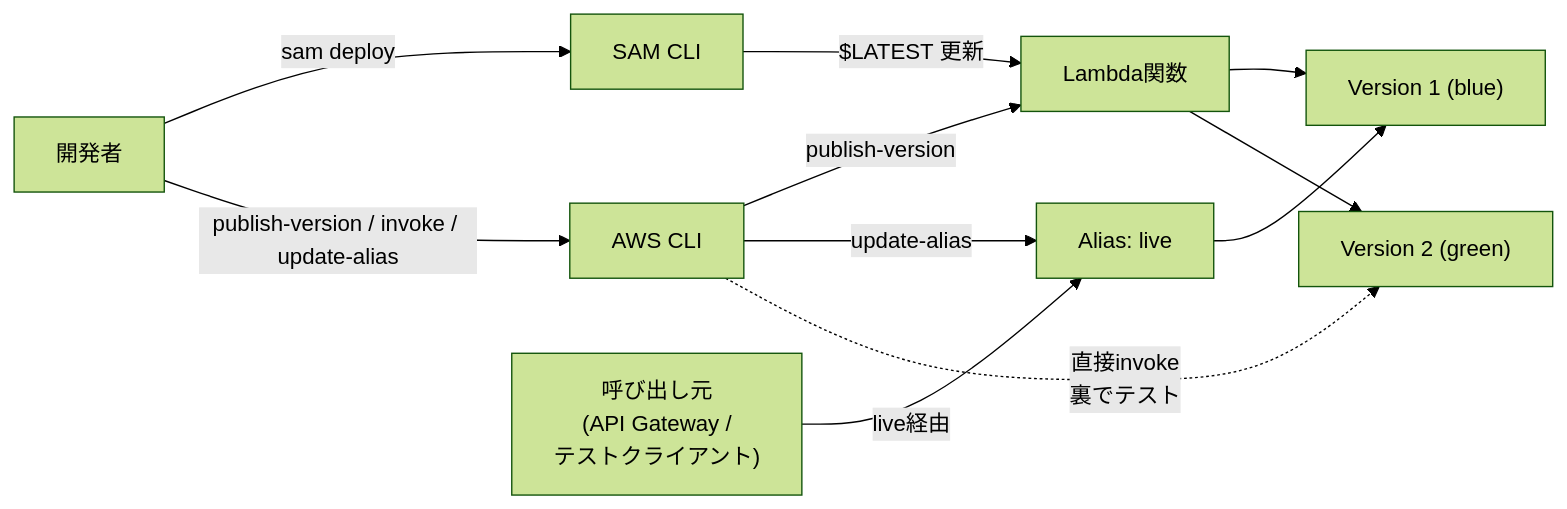
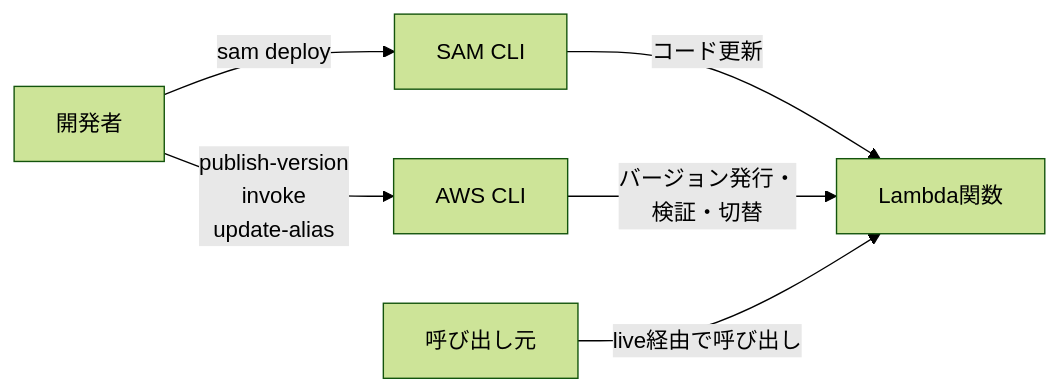
Before and after one commit to takyafumin/aws-lambada-blue-green-deploy: the first of 3 diagrams in docs/PLAN.md, drawn with Mermaid (forest theme).

Commit message:
システム構成図を単純化して見やすくする
Version/Aliasの詳細を描こうとして交差が多くなっていたため、この図
は「誰が何を操作するか」だけに絞り、詳細は専用の関係図に委ねる形に
変更した。

````diff
--- a/docs/PLAN.md
+++ b/docs/PLAN.md
@@ -56,17 +58,10 @@
 ```mermaid
 flowchart LR
-    Dev["開発者"]
+    Dev["開発者"] -->|"sam deploy"| SAM["SAM CLI"]
+    Dev -->|"publish-version<br/>invoke<br/>update-alias"| CLI["AWS CLI"]
 
-    Dev -->|"sam deploy"| SAM["SAM CLI"]
-    Dev -->|"publish-version / invoke / update-alias"| CLI["AWS CLI"]
-    Caller["呼び出し元<br/>(API Gateway /<br/>テストクライアント)"] -->|"live経由"| ALIAS
+    SAM -->|"コード更新"| FN["Lambda関数"]
+    CLI -->|"バージョン発行・<br/>検証・切替"| FN
 
-    SAM -->|"$LATEST 更新"| FN["Lambda関数"]
-    CLI -->|"publish-version"| FN
-    CLI -->|"update-alias"| ALIAS["Alias: live"]
-    CLI -. "直接invoke<br/>裏でテスト" .-> V2
-
-    FN --> V1["Version 1 (blue)"]
-    FN --> V2["Version 2 (green)"]
-    ALIAS --> V1
+    Caller["呼び出し元"] -->|"live経由で呼び出し"| FN
 ```
````
